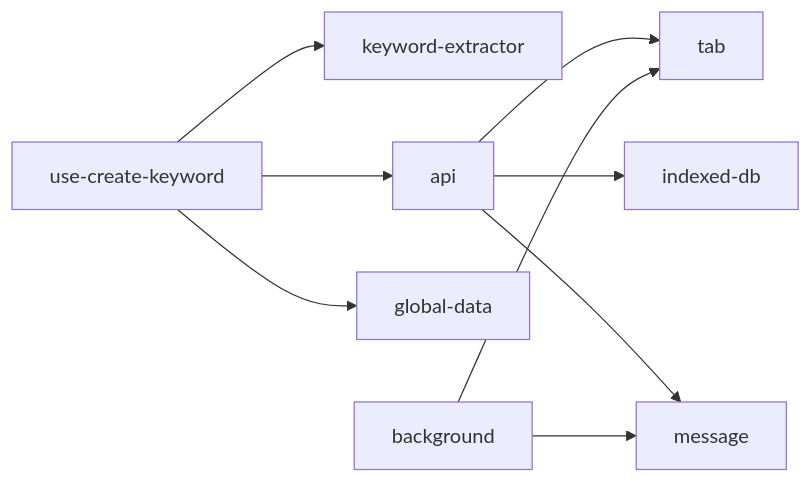
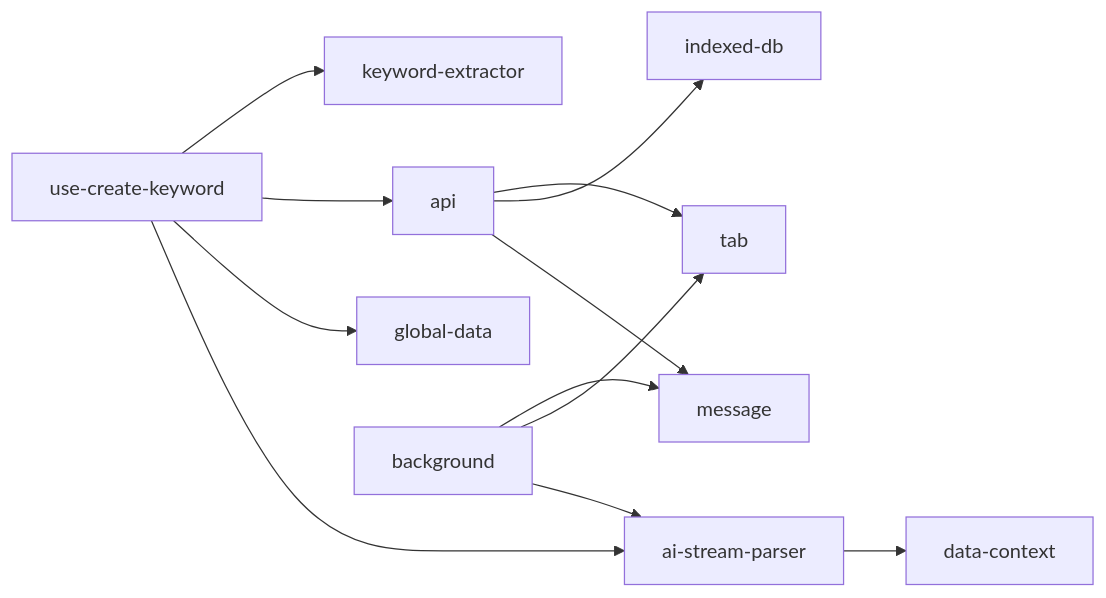
Before and after one commit to RadiumAg/bilibili-favorites: the ninth of 9 diagrams in .qoder/repowiki/zh/content/API参考文档/内部工具API.md, drawn with Mermaid. The commit also changed other lines of this file and 21 other files, not shown here.

````diff
--- a/.qoder/repowiki/zh/content/API参考文档/内部工具API.md
+++ b/.qoder/repowiki/zh/content/API参考文档/内部工具API.md
@@ -383,11 +446,14 @@
 ```mermaid
 graph LR
 HKW["use-create-keyword"] --> KE["keyword-extractor"]
 HKW --> API["api"]
 HKW --> GLOB["global-data"]
+HKW --> ASP["ai-stream-parser"]
 API --> TAB["tab"]
 API --> IDB["indexed-db"]
 API --> MSG["message"]
 BG["background"] --> MSG
 BG --> TAB
+BG --> ASP
+ASP --> DC["data-context"]
 ```
````
